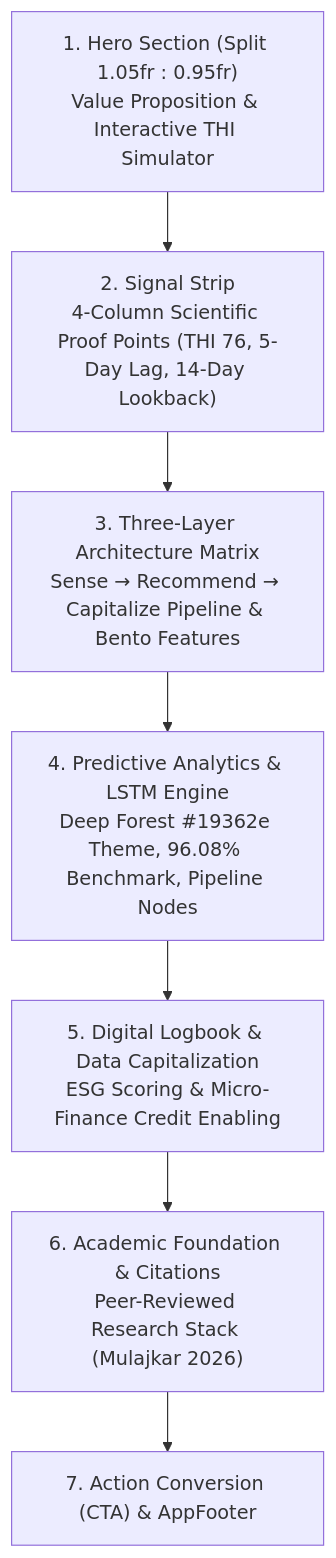
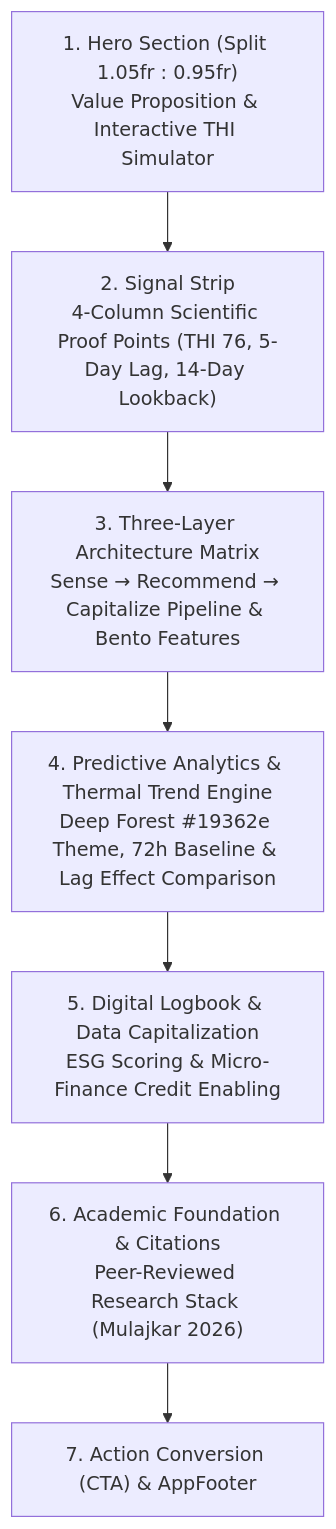
One commit to peetph22-ship-it/Cow_detect changed the diagram in docs/DESIGN_ANALYSIS_INDEX.md. Above: the diagram before and after it, drawn with Mermaid. The commit also changed other lines of this file and 19 other files, not shown here.

````diff
--- a/docs/DESIGN_ANALYSIS_INDEX.md
+++ b/docs/DESIGN_ANALYSIS_INDEX.md
@@ -39,9 +39,9 @@
 ```mermaid
 flowchart TD
     A["1. Hero Section (Split 1.05fr : 0.95fr)<br/>Value Proposition & Interactive THI Simulator"] --> B["2. Signal Strip<br/>4-Column Scientific Proof Points (THI 76, 5-Day Lag, 14-Day Lookback)"]
     B --> C["3. Three-Layer Architecture Matrix<br/>Sense → Recommend → Capitalize Pipeline & Bento Features"]
-    C --> D["4. Predictive Analytics & LSTM Engine<br/>Deep Forest #19362e Theme, 96.08% Benchmark, Pipeline Nodes"]
+    C --> D["4. Predictive Analytics & Thermal Trend Engine<br/>Deep Forest #19362e Theme, 72h Baseline & Lag Effect Comparison"]
     D --> E["5. Digital Logbook & Data Capitalization<br/>ESG Scoring & Micro-Finance Credit Enabling"]
     E --> F["6. Academic Foundation & Citations<br/>Peer-Reviewed Research Stack (Mulajkar 2026)"]
     F --> G["7. Action Conversion (CTA) & AppFooter"]
 ```
````
